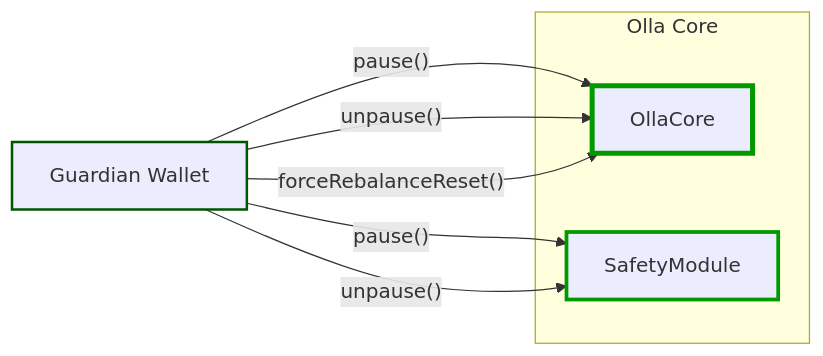
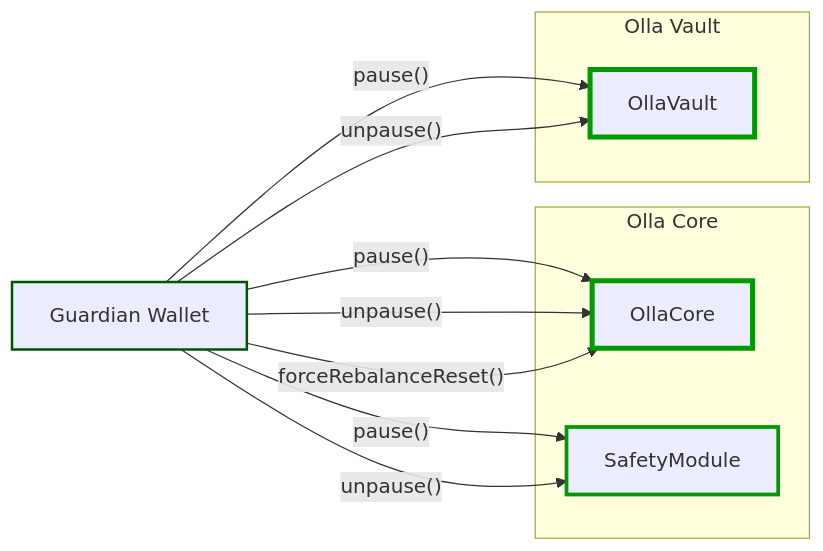
Before and after one commit to ollafinance/core: the sixth of 8 diagrams in docs/overview.md, drawn with Mermaid. The commit also changed other lines of this file and 149 other files, not shown here.

First line of the commit message:
improvement: split OllaCore into OllaVault + OllaCore for ERC-7540 compliance (#306)

````diff
--- a/docs/overview.md
+++ b/docs/overview.md
@@ -292,20 +321,26 @@
 ```mermaid
 flowchart LR
 
 guardianWallet[Guardian Wallet]
 
 subgraph "Olla Core"
     core[OllaCore]
     safety[SafetyModule]
 end
+subgraph "Olla Vault"
+    vault[OllaVault]
+end
 
 guardianWallet -->|"pause()"| core
 guardianWallet -->|"unpause()"| core
 guardianWallet -->|"forceRebalanceReset()"| core
+guardianWallet -->|"pause()"| vault
+guardianWallet -->|"unpause()"| vault
 guardianWallet -->|"pause()"| safety
 guardianWallet -->|"unpause()"| safety
 
 style guardianWallet stroke:#050,stroke-width:2px
 style core stroke:#090,stroke-width:4px
+style vault stroke:#090,stroke-width:4px
 style safety stroke:#090,stroke-width:3px
 ```
````
